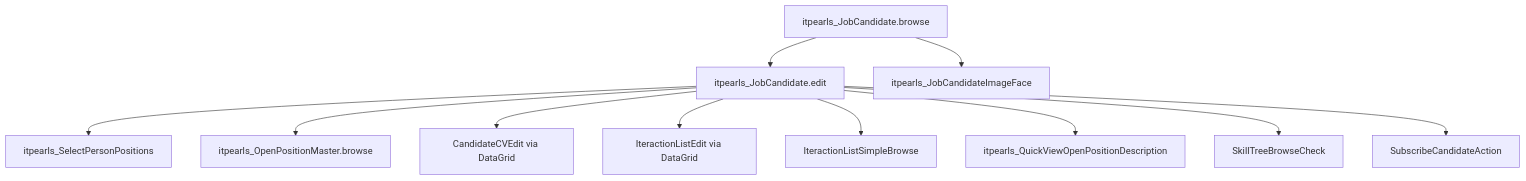
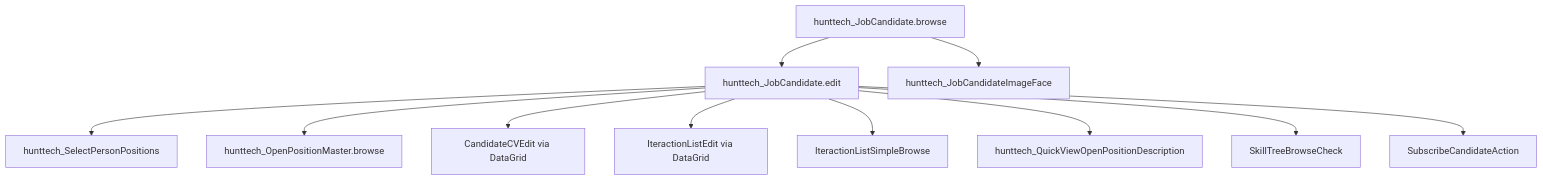
The diagram in docs/ui/JobCandidateEdit_Spec.md (aananyev/it-pearls-recruiting), drawn with Mermaid before and after one commit. The commit also changed other lines of this file and 2450 other files, not shown here.

````diff
--- a/docs/ui/JobCandidateEdit_Spec.md
+++ b/docs/ui/JobCandidateEdit_Spec.md
@@ -143,13 +143,13 @@
 ```mermaid
 flowchart TD
-    Browse[itpearls_JobCandidate.browse] --> Edit[itpearls_JobCandidate.edit]
-    Edit --> SelectPos[itpearls_SelectPersonPositions]
-    Edit --> MasterBrowse[itpearls_OpenPositionMaster.browse]
+    Browse[hunttech_JobCandidate.browse] --> Edit[hunttech_JobCandidate.edit]
+    Edit --> SelectPos[hunttech_SelectPersonPositions]
+    Edit --> MasterBrowse[hunttech_OpenPositionMaster.browse]
     Edit --> CVEdit[CandidateCVEdit via DataGrid]
     Edit --> IteractionEdit[IteractionListEdit via DataGrid]
     Edit --> IteractionBrowse[IteractionListSimpleBrowse]
-    Edit --> QuickView[itpearls_QuickViewOpenPositionDescription]
+    Edit --> QuickView[hunttech_QuickViewOpenPositionDescription]
     Edit --> SkillCheck[SkillTreeBrowseCheck]
     Edit --> Subscribe[SubscribeCandidateAction]
-    Browse --> ImageFace[itpearls_JobCandidateImageFace]
+    Browse --> ImageFace[hunttech_JobCandidateImageFace]
 ```
````
